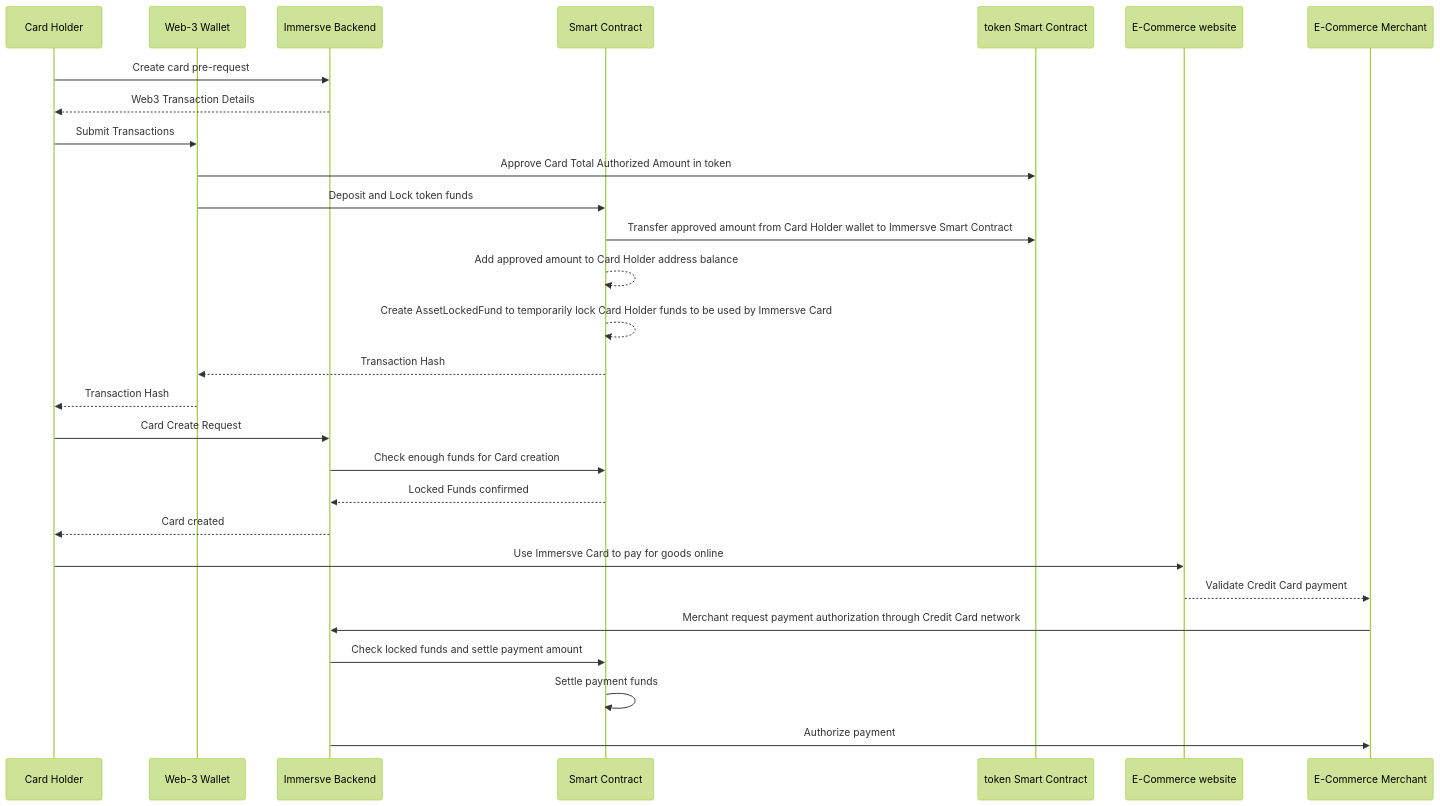
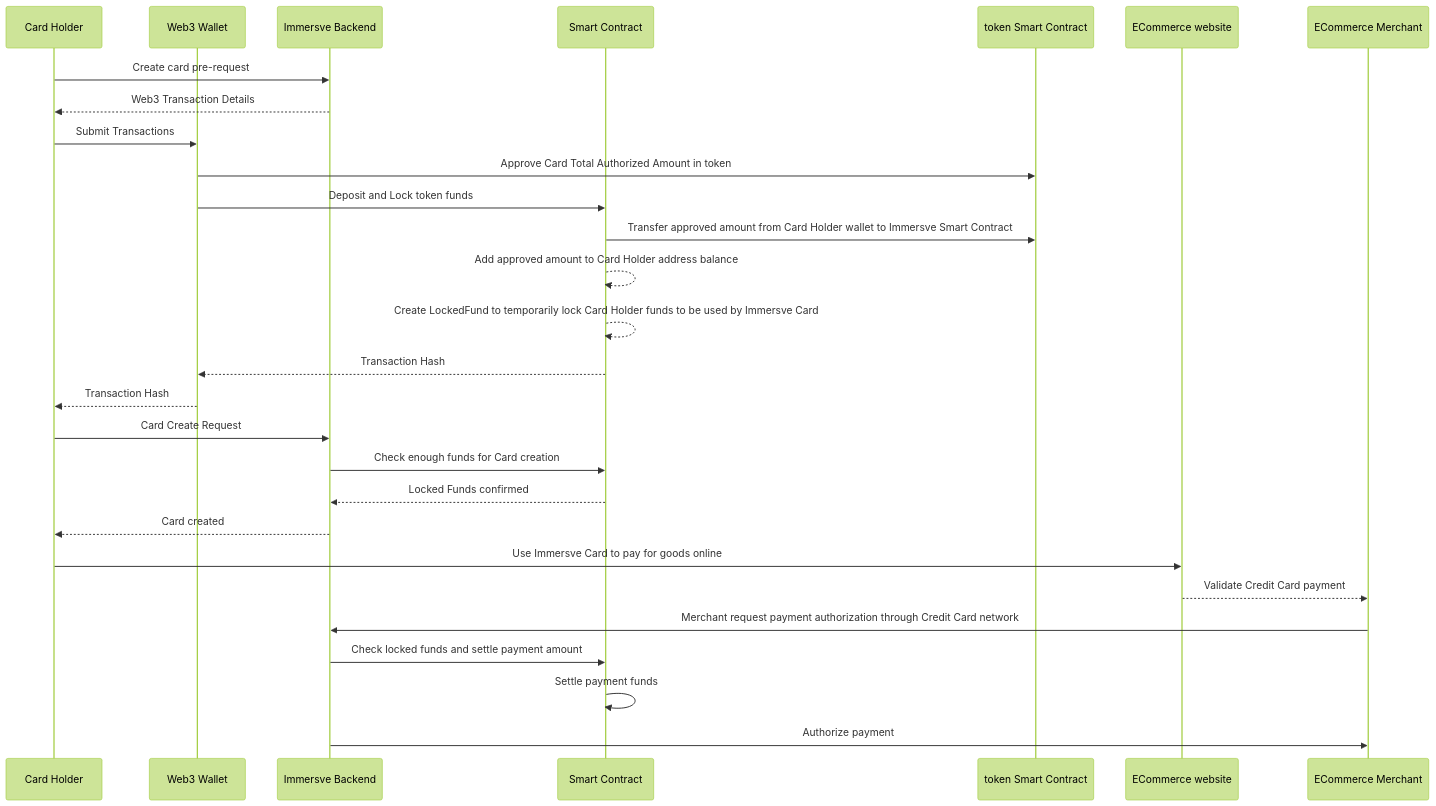
The second of 2 diagrams in docs/contracts/payment-protocol.md (immersve/immersve-docs), drawn with Mermaid (forest theme) before and after one commit. The commit also changed other lines of this file, not shown here.

Commit message:
update ImmersvePaymentProtocol to latest version. Only public functions are documented now

````diff
--- a/docs/contracts/payment-protocol.md
+++ b/docs/contracts/payment-protocol.md
@@ -243,30 +112,30 @@
 ```mermaid
 sequenceDiagram
     participant H as Card Holder
-    participant W as Web-3 Wallet
+    participant W as Web3 Wallet
     participant I as Immersve Backend
     participant S as Smart Contract
     participant U as token Smart Contract
-    participant E as E-Commerce website
-    participant M as E-Commerce Merchant
+    participant E as ECommerce website
+    participant M as ECommerce Merchant
     H->>I: Create card pre-request
     I-->>H: Web3 Transaction Details
     H->>W: Submit Transactions
     W->>U: Approve Card Total Authorized Amount in token
     W->>S: Deposit and Lock token funds
     S->>U: Transfer approved amount from Card Holder wallet to Immersve Smart Contract
     S-->>S: Add approved amount to Card Holder address balance
-    S-->>S: Create AssetLockedFund to temporarily lock Card Holder funds to be used by Immersve Card
+    S-->>S: Create LockedFund to temporarily lock Card Holder funds to be used by Immersve Card
     S-->>W: Transaction Hash
     W-->>H: Transaction Hash
     H->>I: Card Create Request
     I->>S: Check enough funds for Card creation
     S-->>I: Locked Funds confirmed
     I-->>H: Card created
     H->>E: Use Immersve Card to pay for goods online
     E-->>M: Validate Credit Card payment
     M->>I: Merchant request payment authorization through Credit Card network
     I->>S: Check locked funds and settle payment amount
     S->>S: Settle payment funds
     I->>M: Authorize payment
 ```
````
